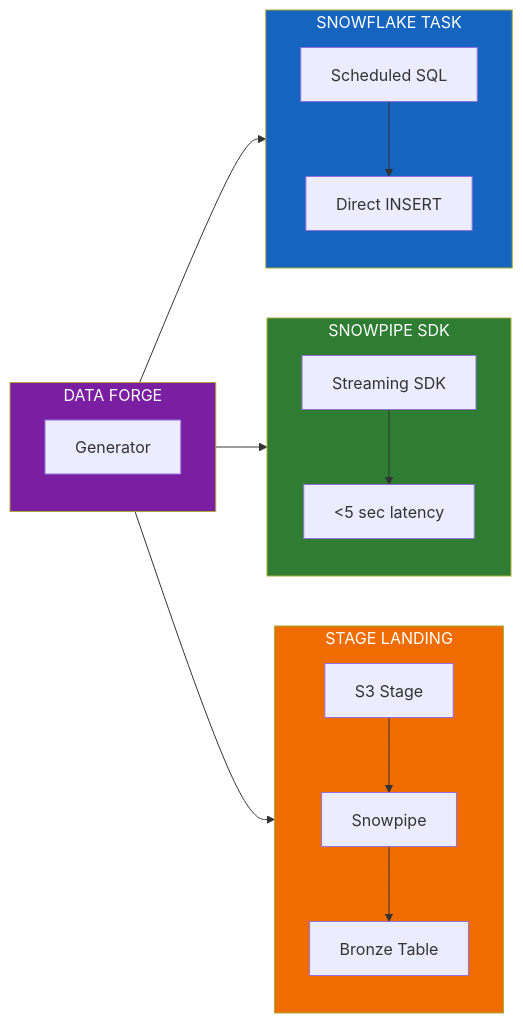
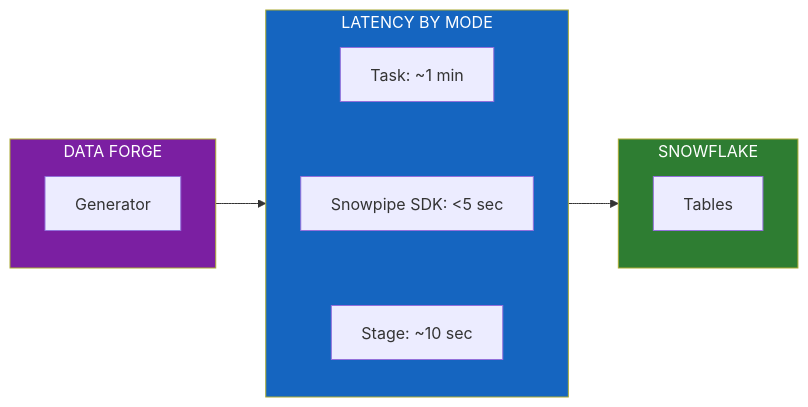
One commit to sfc-gh-abannerjee/flux-utility-solutions changed the second of 2 diagrams in docs/DATA_FORGE.md. Above: the diagram before and after it, drawn with Mermaid. The commit also changed other lines of this file and 2 other files, not shown here.

Commit message:
Refine Flux Data Forge Mermaid diagrams
- README.md: Clearer top-to-bottom flow showing pipeline modes and outputs
- docs/DATA_FORGE.md: Improved architecture diagram with 4-layer flow, simplified latency comparison
- spcs/flux_data_forge/README.md: Convert ASCII art to Mermaid for consistency

All diagrams now use consistent styling and horizontal layout with ~~~ links.

.... Generated with [Cortex Code](https://docs.snowflake.com/user-guide/snowflake-cortex/cortex-agents)

````diff
--- a/docs/DATA_FORGE.md
+++ b/docs/DATA_FORGE.md
@@ -60,27 +65,20 @@
 ```mermaid
 flowchart LR
     subgraph Source["DATA FORGE"]
         GEN["Generator"]
     end
     
-    subgraph Task["SNOWFLAKE TASK"]
-        T1["Scheduled SQL"] --> T2["Direct INSERT"]
+    subgraph Latency["LATENCY BY MODE"]
+        T["Task: ~1 min"] ~~~ SDK["Snowpipe SDK: <5 sec"] ~~~ STG["Stage: ~10 sec"]
     end
     
-    subgraph Stream["SNOWPIPE SDK"]
-        S1["Streaming SDK"] --> S2["<5 sec latency"]
+    subgraph Target["SNOWFLAKE"]
+        TBL["Tables"]
     end
     
-    subgraph Stage["STAGE LANDING"]
-        ST1["S3 Stage"] --> ST2["Snowpipe"] --> ST3["Bronze Table"]
-    end
-    
-    Source --> Task
-    Source --> Stream
-    Source --> Stage
+    Source --> Latency --> Target
     
     style Source fill:#7b1fa2,color:#fff
-    style Task fill:#1565c0,color:#fff
-    style Stream fill:#2e7d32,color:#fff
-    style Stage fill:#ef6c00,color:#fff
+    style Latency fill:#1565c0,color:#fff
+    style Target fill:#2e7d32,color:#fff
 ```
````
